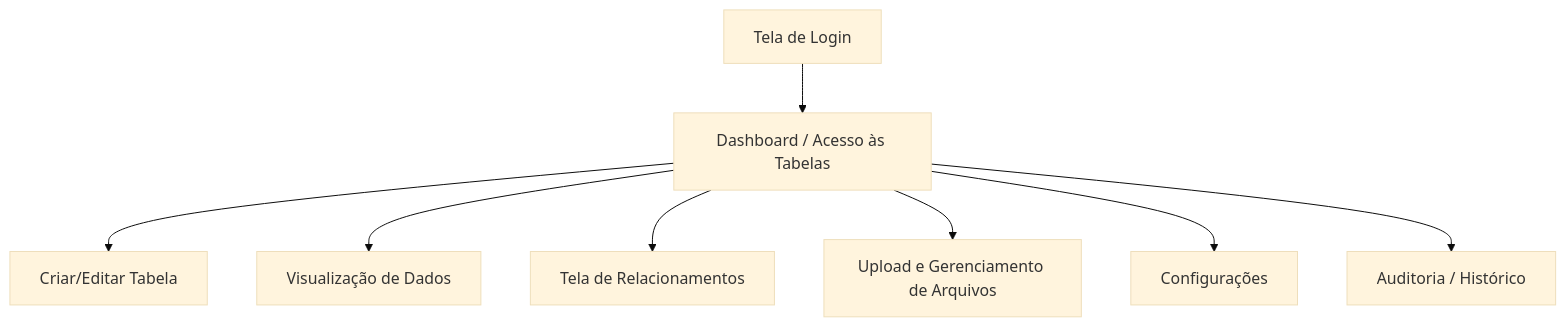
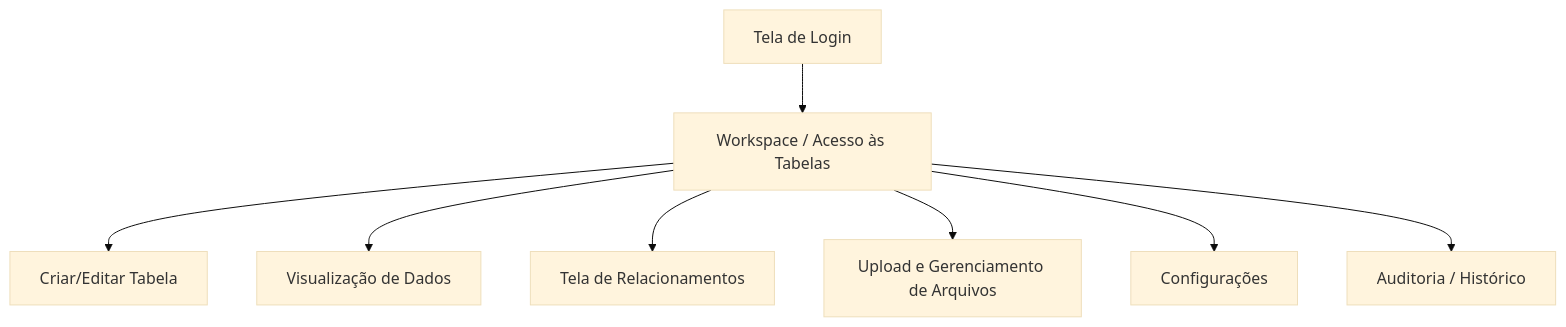
Before and after one commit to mateusarvz/GridData: the diagram in README.md, drawn with Mermaid (base theme). The commit also changed other lines of this file and 29 other files, not shown here.

````diff
--- a/README.md
+++ b/README.md
@@ -13,10 +13,10 @@
 ```mermaid
 graph TD
-    A[Tela de Login] --> B[Dashboard / Acesso às Tabelas]
+    A[Tela de Login] --> B[Workspace / Acesso às Tabelas]
     B --> C[Criar/Editar Tabela]
     B --> D[Visualização de Dados]
     B --> E[Tela de Relacionamentos]
     B --> F[Upload e Gerenciamento de Arquivos]
     B --> G[Configurações]
     B --> H[Auditoria / Histórico]
 ```
````
